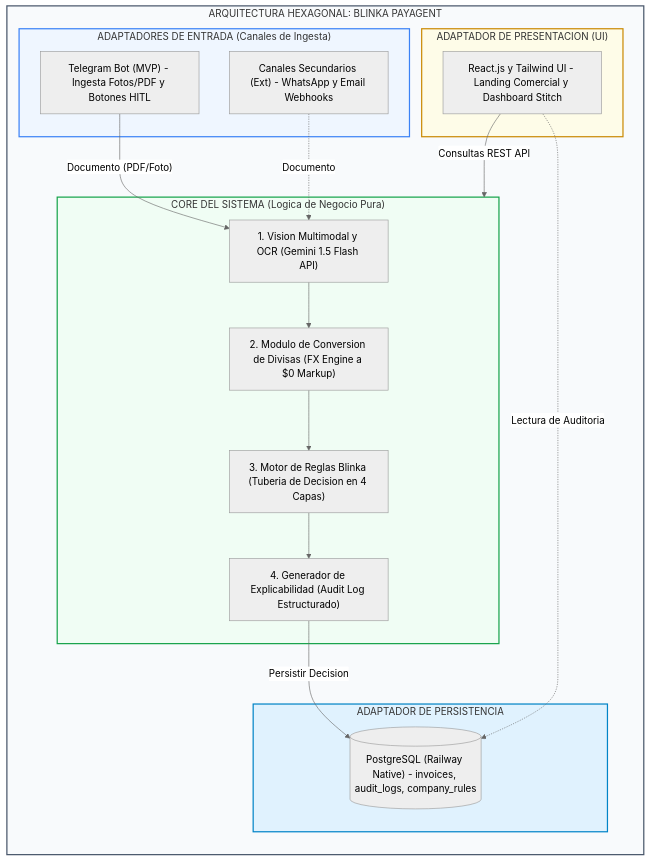
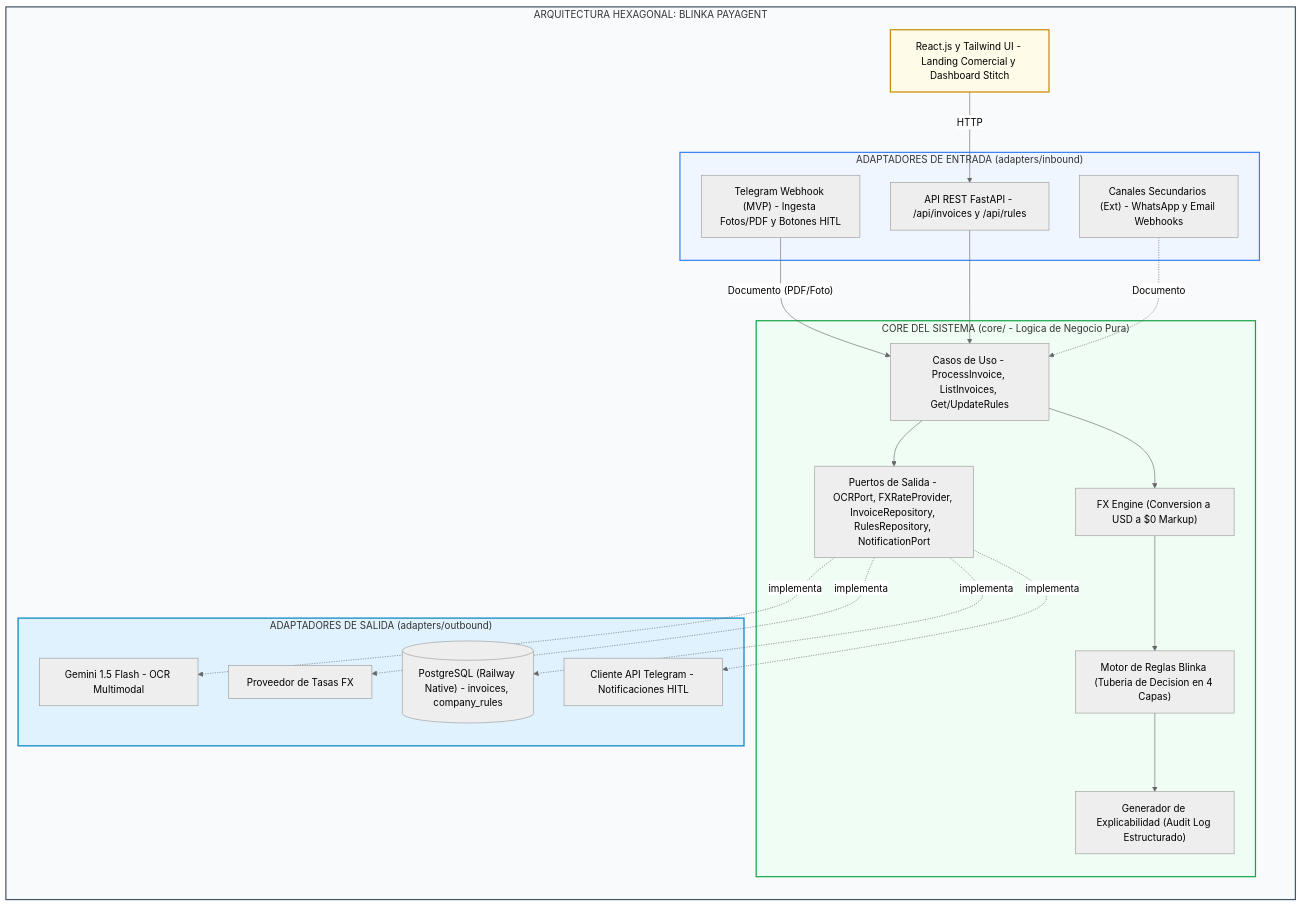
The first of 2 diagrams in docs/arquitectura/arquitectura_solucion_v4.md (Oriojas/30X_404_team), drawn with Mermaid (neutral theme) before and after one commit. The commit also changed other lines of this file and 53 other files, not shown here.

First line of the commit message:
refactor(backend): reestructurar a arquitectura hexagonal con puertos y adaptadores

````diff
--- a/docs/arquitectura/arquitectura_solucion_v4.md
+++ b/docs/arquitectura/arquitectura_solucion_v4.md
@@ -13,40 +13,47 @@
 ```mermaid
 flowchart TD
     subgraph System ["ARQUITECTURA HEXAGONAL: BLINKA PAYAGENT"]
         direction TB
 
-        subgraph InAdapters ["ADAPTADORES DE ENTRADA (Canales de Ingesta)"]
-            Telegram["Telegram Bot (MVP) - Ingesta Fotos/PDF y Botones HITL"]
+        subgraph InAdapters ["ADAPTADORES DE ENTRADA (adapters/inbound)"]
+            Telegram["Telegram Webhook (MVP) - Ingesta Fotos/PDF y Botones HITL"]
+            RestAPI["API REST FastAPI - /api/invoices y /api/rules"]
             OtherChannels["Canales Secundarios (Ext) - WhatsApp y Email Webhooks"]
         end
 
-        subgraph OutAdapters ["ADAPTADOR DE PRESENTACION (UI)"]
-            ReactUI["React.js y Tailwind UI - Landing Comercial y Dashboard Stitch"]
+        subgraph Core ["CORE DEL SISTEMA (core/ - Logica de Negocio Pura)"]
+            UseCases["Casos de Uso - ProcessInvoice, ListInvoices, Get/UpdateRules"]
+            FX["FX Engine (Conversion a USD a $0 Markup)"]
+            Rules["Motor de Reglas Blinka (Tuberia de Decision en 4 Capas)"]
+            Audit["Generador de Explicabilidad (Audit Log Estructurado)"]
+            Ports["Puertos de Salida - OCRPort, FXRateProvider, InvoiceRepository, RulesRepository, NotificationPort"]
+
+            UseCases --> FX --> Rules --> Audit
+            UseCases --> Ports
         end
 
-        subgraph Core ["CORE DEL SISTEMA (Logica de Negocio Pura)"]
-            OCR["1. Vision Multimodal y OCR (Gemini 1.5 Flash API)"]
-            FX["2. Modulo de Conversion de Divisas (FX Engine a $0 Markup)"]
-            Rules["3. Motor de Reglas Blinka (Tuberia de Decision en 4 Capas)"]
-            Audit["4. Generador de Explicabilidad (Audit Log Estructurado)"]
-
-            OCR --> FX --> Rules --> Audit
+        subgraph OutAdapters ["ADAPTADORES DE SALIDA (adapters/outbound)"]
+            Gemini["Gemini 1.5 Flash - OCR Multimodal"]
+            Rates["Proveedor de Tasas FX"]
+            DB[("PostgreSQL (Railway Native) - invoices, company_rules")]
+            TgClient["Cliente API Telegram - Notificaciones HITL"]
         end
 
-        subgraph PersistAdapter ["ADAPTADOR DE PERSISTENCIA"]
-            DB[("PostgreSQL (Railway Native) - invoices, audit_logs, company_rules")]
-        end
+        ReactUI["React.js y Tailwind UI - Landing Comercial y Dashboard Stitch"]
 
-        Telegram -->|"Documento (PDF/Foto)"| OCR
-        OtherChannels -.->|"Documento"| OCR
-        Audit -->|"Persistir Decision"| DB
-        ReactUI -->|"Consultas REST API"| Core
-        ReactUI -.->|"Lectura de Auditoria"| DB
+        ReactUI -->|"HTTP"| RestAPI
+        Telegram -->|"Documento (PDF/Foto)"| UseCases
+        RestAPI --> UseCases
+        OtherChannels -.->|"Documento"| UseCases
+        Ports -.->|"implementa"| Gemini
+        Ports -.->|"implementa"| Rates
+        Ports -.->|"implementa"| DB
+        Ports -.->|"implementa"| TgClient
     end
 
     style System fill:#f8fafc,stroke:#475569,stroke-width:2px
     style InAdapters fill:#eff6ff,stroke:#3b82f6,stroke-width:2px
-    style OutAdapters fill:#fefce8,stroke:#ca8a04,stroke-width:2px
+    style OutAdapters fill:#e0f2fe,stroke:#0284c7,stroke-width:2px
     style Core fill:#f0fdf4,stroke:#16a34a,stroke-width:2px
-    style PersistAdapter fill:#e0f2fe,stroke:#0284c7,stroke-width:2px
+    style ReactUI fill:#fefce8,stroke:#ca8a04,stroke-width:2px
 ```
````
